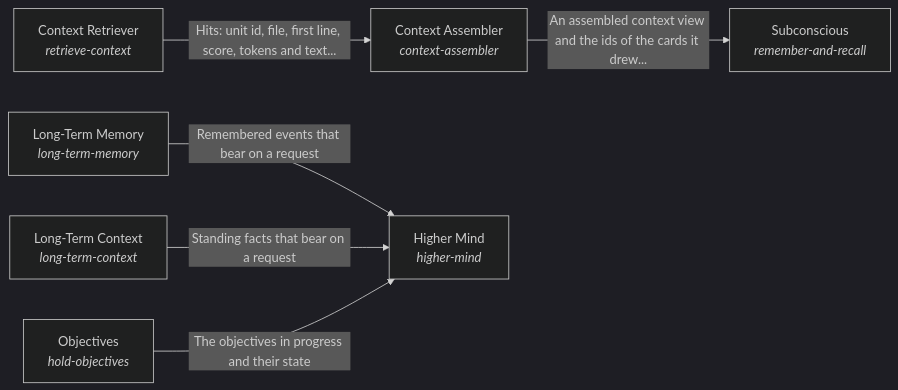
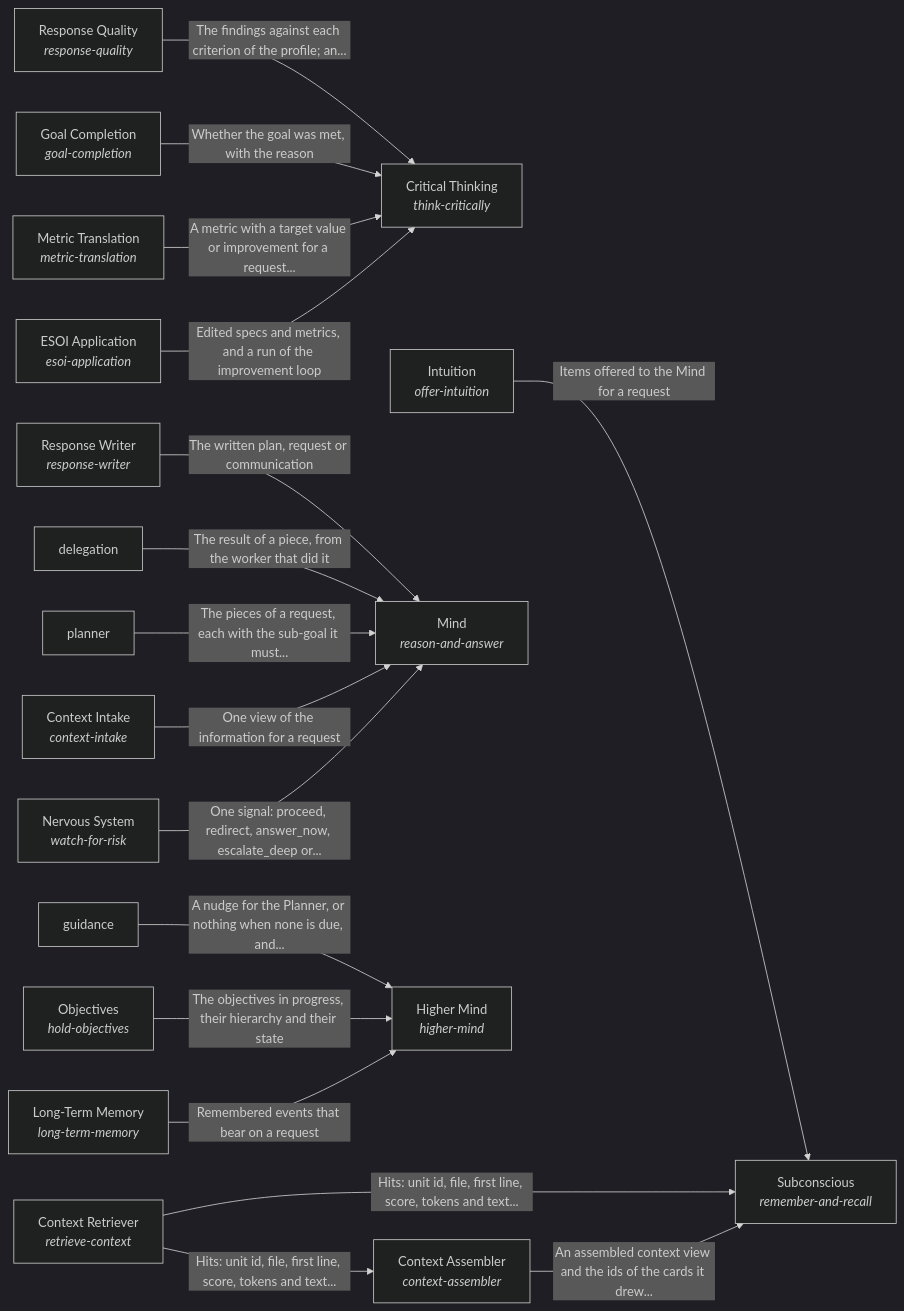
The diagram in hubofhubs/the_intelligence/README.md (SpiritualData/ai-hub-of-hubs-structure), drawn with Mermaid (dark theme) before and after one commit. The commit also changed other lines of this file and 56 other files, not shown here.

First line of the commit message:
Records for the approved hierarchy: five containers, role-scoped solutions, the paragraphs match the flow code

````diff
--- a/hubofhubs/the_intelligence/README.md
+++ b/hubofhubs/the_intelligence/README.md
@@ -17,15 +17,38 @@
 ```mermaid
 flowchart LR
-    s0["Subconscious<br/><i>remember-and-recall</i>"]
-    s1["Context Assembler<br/><i>context-assembler</i>"]
-    s2["Context Retriever<br/><i>retrieve-context</i>"]
-    s3["Higher Mind<br/><i>higher-mind</i>"]
-    s4["Long-Term Memory<br/><i>long-term-memory</i>"]
-    s5["Long-Term Context<br/><i>long-term-context</i>"]
-    s6["Objectives<br/><i>hold-objectives</i>"]
-    s1 -->|"An assembled context view and the ids of the cards it drew..."| s0
-    s2 -->|"Hits: unit id, file, first line, score, tokens and text..."| s1
-    s4 -->|"Remembered events that bear on a request"| s3
-    s5 -->|"Standing facts that bear on a request"| s3
-    s6 -->|"The objectives in progress and their state"| s3
+    s0["Nervous System<br/><i>watch-for-risk</i>"]
+    s1["Critical Thinking<br/><i>think-critically</i>"]
+    s2["Subconscious<br/><i>remember-and-recall</i>"]
+    s3["Context Assembler<br/><i>context-assembler</i>"]
+    s4["Context Retriever<br/><i>retrieve-context</i>"]
+    s5["Mind<br/><i>reason-and-answer</i>"]
+    s6["Higher Mind<br/><i>higher-mind</i>"]
+    s7["Long-Term Memory<br/><i>long-term-memory</i>"]
+    s8["Objectives<br/><i>hold-objectives</i>"]
+    s9["Intuition<br/><i>offer-intuition</i>"]
+    s10["Context Intake<br/><i>context-intake</i>"]
+    s11["planner"]
+    s12["delegation"]
+    s13["Response Writer<br/><i>response-writer</i>"]
+    s14["guidance"]
+    s15["ESOI Application<br/><i>esoi-application</i>"]
+    s16["Metric Translation<br/><i>metric-translation</i>"]
+    s17["Goal Completion<br/><i>goal-completion</i>"]
+    s18["Response Quality<br/><i>response-quality</i>"]
+    s0 -->|"One signal: proceed, redirect, answer_now, escalate_deep or..."| s5
+    s3 -->|"An assembled context view and the ids of the cards it drew..."| s2
+    s4 -->|"Hits: unit id, file, first line, score, tokens and text..."| s2
+    s4 -->|"Hits: unit id, file, first line, score, tokens and text..."| s3
+    s7 -->|"Remembered events that bear on a request"| s6
+    s8 -->|"The objectives in progress, their hierarchy and their state"| s6
+    s9 -->|"Items offered to the Mind for a request"| s2
+    s10 -->|"One view of the information for a request"| s5
+    s11 -->|"The pieces of a request, each with the sub-goal it must..."| s5
+    s12 -->|"The result of a piece, from the worker that did it"| s5
+    s13 -->|"The written plan, request or communication"| s5
+    s14 -->|"A nudge for the Planner, or nothing when none is due, and..."| s6
+    s15 -->|"Edited specs and metrics, and a run of the improvement loop"| s1
+    s16 -->|"A metric with a target value or improvement for a request..."| s1
+    s17 -->|"Whether the goal was met, with the reason"| s1
+    s18 -->|"The findings against each criterion of the profile; an..."| s1
 ```
````
